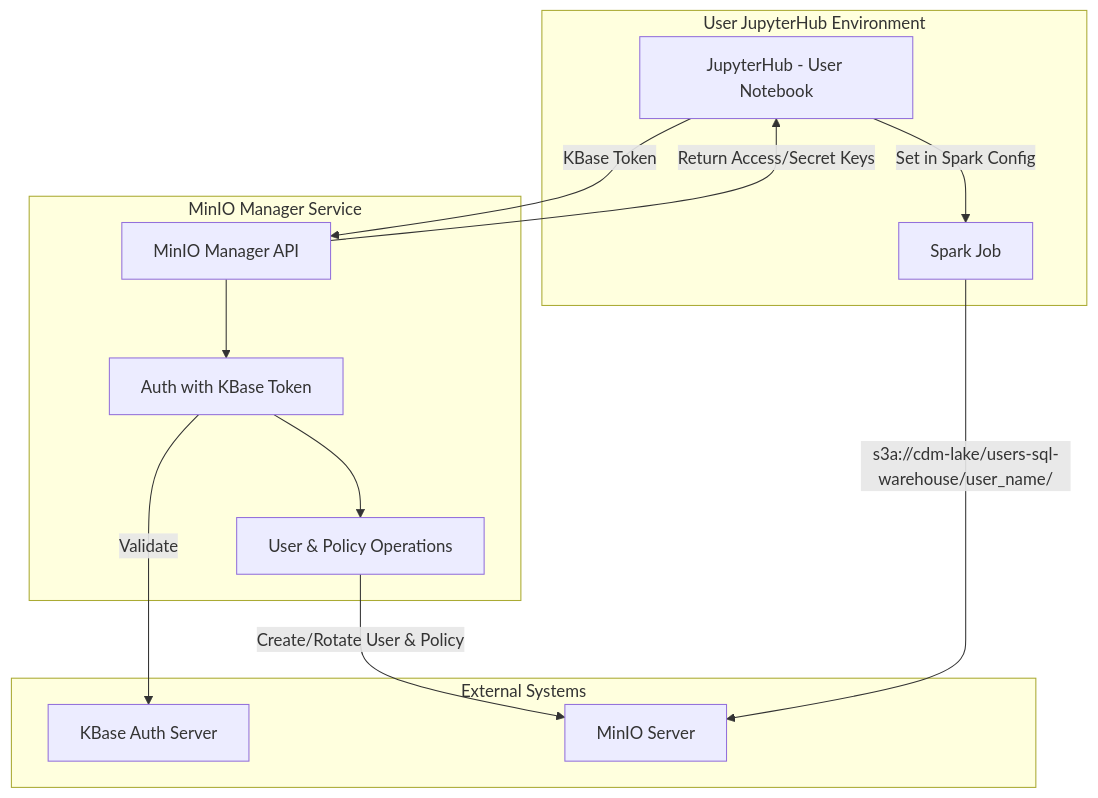
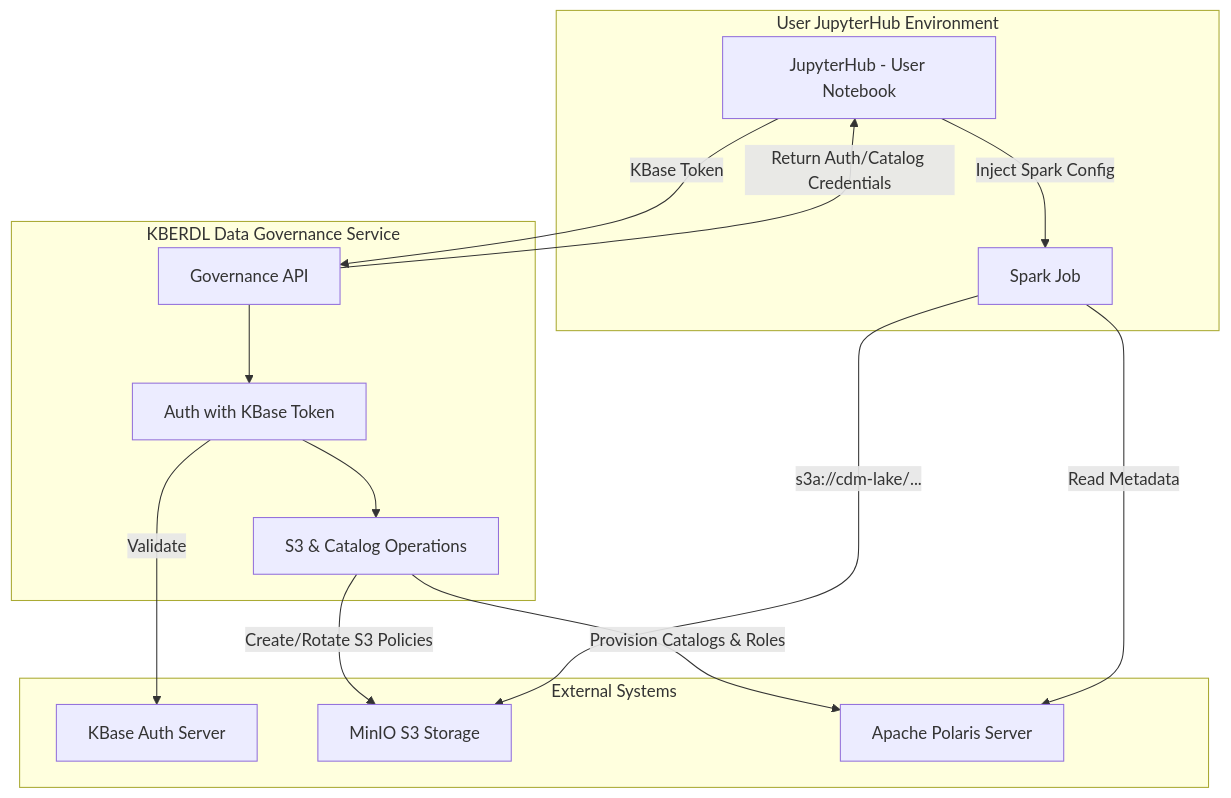
One commit to BERDataLakehouse/minio_manager_service changed the diagram in docs/design.md. Above: the diagram before and after it, drawn with Mermaid. The commit also changed other lines of this file and 3 other files, not shown here.

````diff
--- a/docs/design.md
+++ b/docs/design.md
@@ -43,27 +44,30 @@
 ```mermaid
 flowchart TD
     subgraph User JupyterHub Environment
         JupyterHub[JupyterHub - User Notebook]
         SparkApp[Spark Job]
     end
 
-    subgraph MinIO Manager Service
-        API[MinIO Manager API]
+    subgraph KBERDL Data Governance Service
+        API[Governance API]
         Auth[Auth with KBase Token]
-        MinIOOps[User & Policy Operations]
+        GovOps[S3 & Catalog Operations]
     end
 
     subgraph External Systems
         KBase[KBase Auth Server]
-        MinIO[MinIO Server]
+        MinIO[MinIO S3 Storage]
+        Polaris[Apache Polaris Server]
     end
 
     JupyterHub -->|KBase Token| API
     API --> Auth
     Auth -->|Validate| KBase
-    Auth --> MinIOOps
-    MinIOOps -->|Create/Rotate User & Policy| MinIO
-    API -->|Return Access/Secret Keys| JupyterHub
-    JupyterHub -->|Set in Spark Config| SparkApp
-    SparkApp -->|s3a://cdm-lake/users-sql-warehouse/user_name/| MinIO
+    Auth --> GovOps
+    GovOps -->|Create/Rotate S3 Policies| MinIO
+    GovOps -->|Provision Catalogs & Roles| Polaris
+    API -->|Return Auth/Catalog Credentials| JupyterHub
+    JupyterHub -->|Inject Spark Config| SparkApp
+    SparkApp -->|s3a://cdm-lake/...| MinIO
+    SparkApp -->|Read Metadata| Polaris
 ```
````
